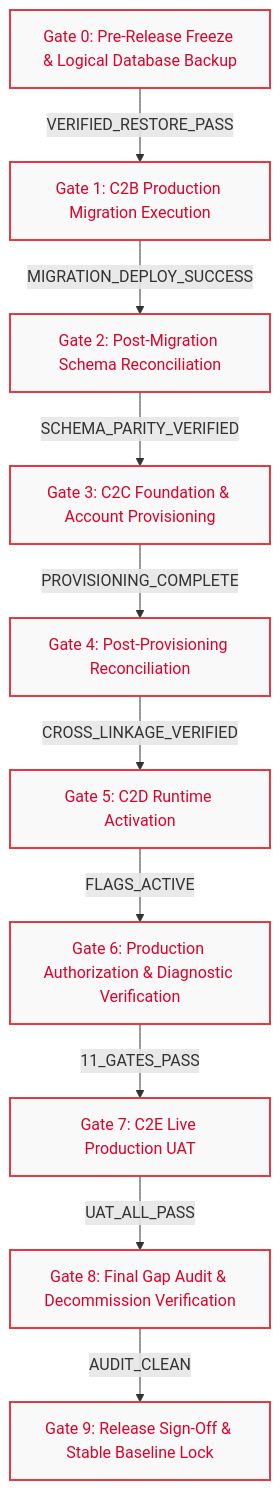
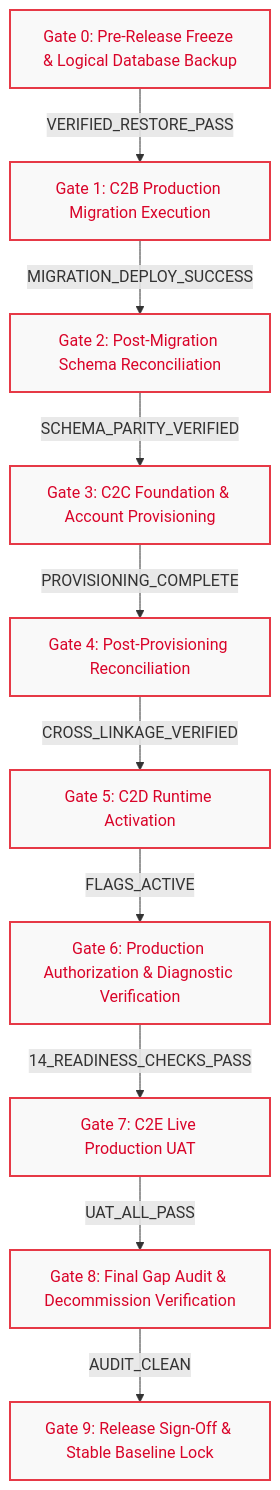
One commit to abdngr23-pixel/stq-education-portal changed the first of 2 diagrams in docs/STQ_M3_RELEASE_DEPENDENCIES.md. Above: the diagram before and after it, drawn with Mermaid. The commit also changed other lines of this file and 7 other files, not shown here.

````diff
--- a/docs/STQ_M3_RELEASE_DEPENDENCIES.md
+++ b/docs/STQ_M3_RELEASE_DEPENDENCIES.md
@@ -40,16 +40,16 @@
 ```mermaid
 flowchart TD
     G0[Gate 0: Pre-Release Freeze & Logical Database Backup] -->|VERIFIED_RESTORE_PASS| G1[Gate 1: C2B Production Migration Execution]
     G1 -->|MIGRATION_DEPLOY_SUCCESS| G2[Gate 2: Post-Migration Schema Reconciliation]
     G2 -->|SCHEMA_PARITY_VERIFIED| G3[Gate 3: C2C Foundation & Account Provisioning]
     G3 -->|PROVISIONING_COMPLETE| G4[Gate 4: Post-Provisioning Reconciliation]
     G4 -->|CROSS_LINKAGE_VERIFIED| G5[Gate 5: C2D Runtime Activation]
     G5 -->|FLAGS_ACTIVE| G6[Gate 6: Production Authorization & Diagnostic Verification]
-    G6 -->|11_GATES_PASS| G7[Gate 7: C2E Live Production UAT]
+    G6 -->|14_READINESS_CHECKS_PASS| G7[Gate 7: C2E Live Production UAT]
     G7 -->|UAT_ALL_PASS| G8[Gate 8: Final Gap Audit & Decommission Verification]
     G8 -->|AUDIT_CLEAN| G9[Gate 9: Release Sign-Off & Stable Baseline Lock]
 
     classDef blocked fill:#f9f9f9,stroke:#e63946,stroke-width:2px,color:#d90429;
     classDef verified fill:#e8f5e9,stroke:#2a9d8f,stroke-width:2px,color:#1b4332;
     class G0,G1,G2,G3,G4,G5,G6,G7,G8,G9 blocked;
 ```
````
